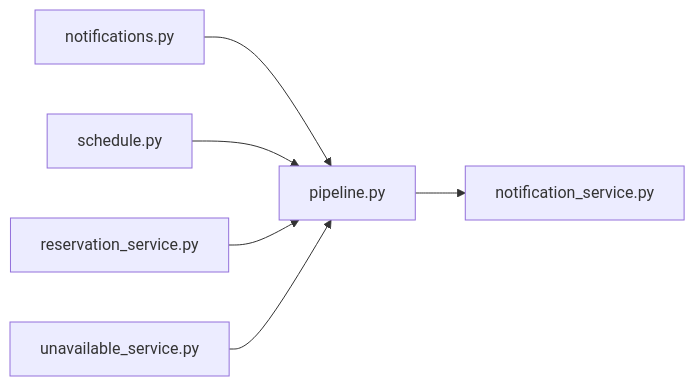
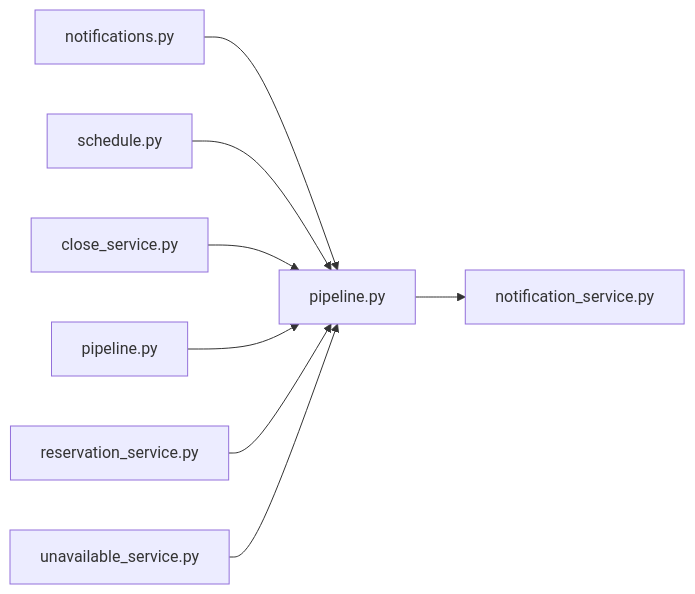
One commit to minkong-dev/Banblit changed the diagram in .cluedoc/graph/backend/src/backend/services/notification/pipeline.md. Above: the diagram before and after it, drawn with Mermaid. The commit also changed other lines of this file and 35 other files, not shown here.

Commit message:
backend: close a focused period at its closing time and allow unfixing with a reason

````diff
--- a/.cluedoc/graph/backend/src/backend/services/notification/pipeline.md
+++ b/.cluedoc/graph/backend/src/backend/services/notification/pipeline.md
@@ -10,9 +10,11 @@
 ```mermaid
 flowchart LR
   backend_src_backend_services_notification_pipeline["pipeline.py"]
   backend_src_backend_services_notification_pipeline --> backend_src_backend_services_notification_notification_service["notification_service.py"]
   backend_src_backend_api_routers_notifications["notifications.py"] --> backend_src_backend_services_notification_pipeline
   backend_src_backend_api_routers_schedule["schedule.py"] --> backend_src_backend_services_notification_pipeline
+  backend_src_backend_services_period_close_service["close_service.py"] --> backend_src_backend_services_notification_pipeline
+  backend_src_backend_services_period_pipeline["pipeline.py"] --> backend_src_backend_services_notification_pipeline
   backend_src_backend_services_reservation_reservation_service["reservation_service.py"] --> backend_src_backend_services_notification_pipeline
   backend_src_backend_services_unavailable_unavailable_service["unavailable_service.py"] --> backend_src_backend_services_notification_pipeline
 ```
````
